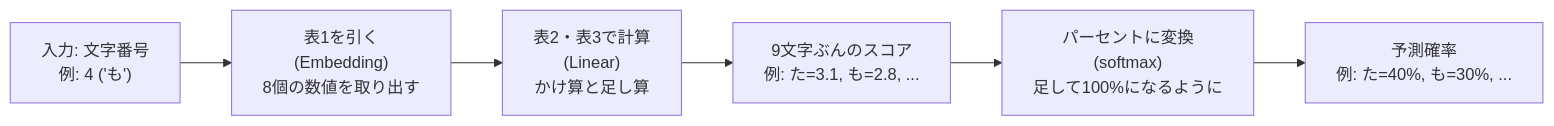
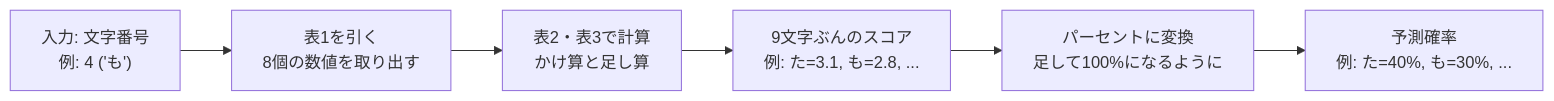
One commit to tommykey0925/rawminilm changed the second of 3 diagrams in README.md. Above: the diagram before and after it, drawn with Mermaid. The commit also changed other lines of this file and 1 other file, not shown here.

````diff
--- a/README.md
+++ b/README.md
@@ -45,11 +45,11 @@
 ```mermaid
 flowchart LR
     A["入力: 文字番号<br>例: 4 ('も')"]
-    B["表1を引く<br>(Embedding)<br>8個の数値を取り出す"]
-    C["表2・表3で計算<br>(Linear)<br>かけ算と足し算"]
+    B["表1を引く<br>8個の数値を取り出す"]
+    C["表2・表3で計算<br>かけ算と足し算"]
     D["9文字ぶんのスコア<br>例: た=3.1, も=2.8, ..."]
-    E["パーセントに変換<br>(softmax)<br>足して100%になるように"]
+    E["パーセントに変換<br>足して100%になるように"]
     F["予測確率<br>例: た=40%, も=30%, ..."]
 
     A --> B --> C --> D --> E --> F
 ```
````
